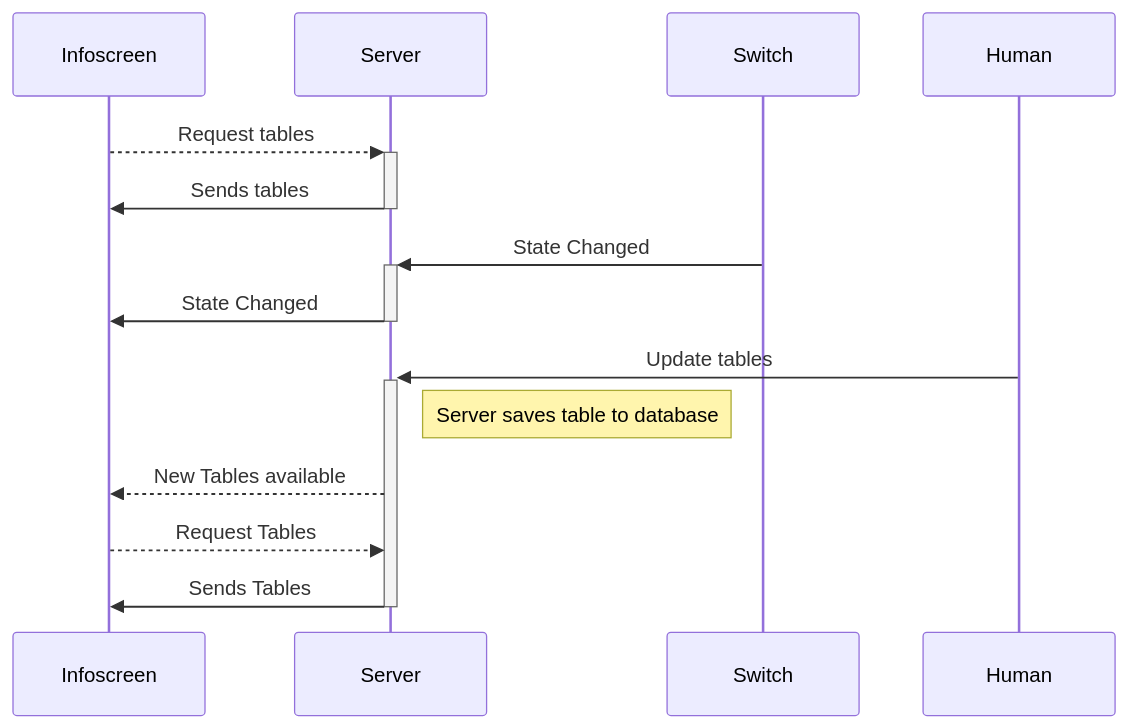
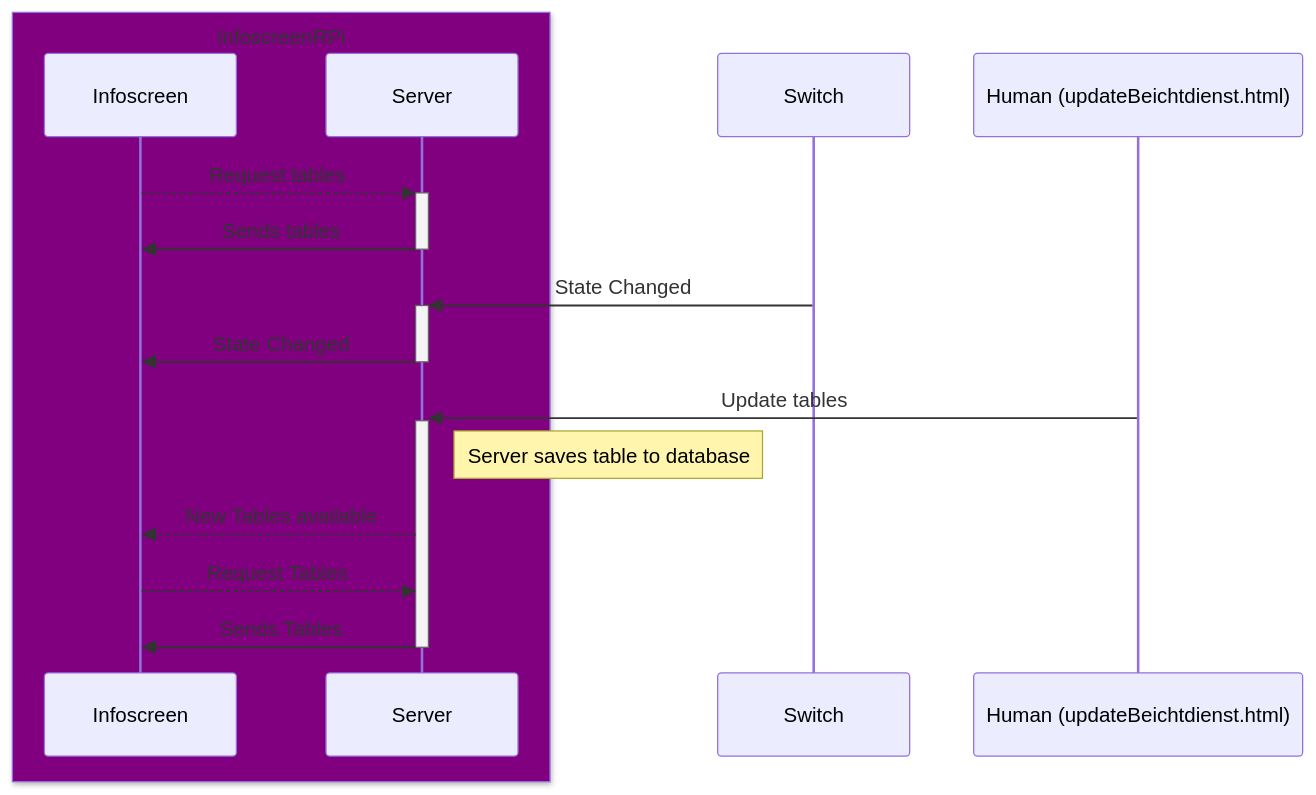
Before and after one commit to Snuuson/Infoscreen2023: the diagram in readme.md, drawn with Mermaid.

````diff
--- a/readme.md
+++ b/readme.md
@@ -121,12 +121,16 @@
 ```mermaid
 sequenceDiagram
+box Purple InfoscreenRPi
+participant Infoscreen
+participant Server
+end
 Infoscreen -->>+Server: Request tables
 Server->>-Infoscreen: Sends tables
 Switch ->>+Server: State Changed
 Server ->>-Infoscreen: State Changed
-Human->>+Server: Update tables
+Human (updateBeichtdienst.html)->>+Server: Update tables
 Note  right of  Server:  Server saves table to database
 Server-->>Infoscreen: New Tables available 
 Infoscreen -->>Server: Request Tables
 Server ->>- Infoscreen: Sends Tables 
 ```
````
